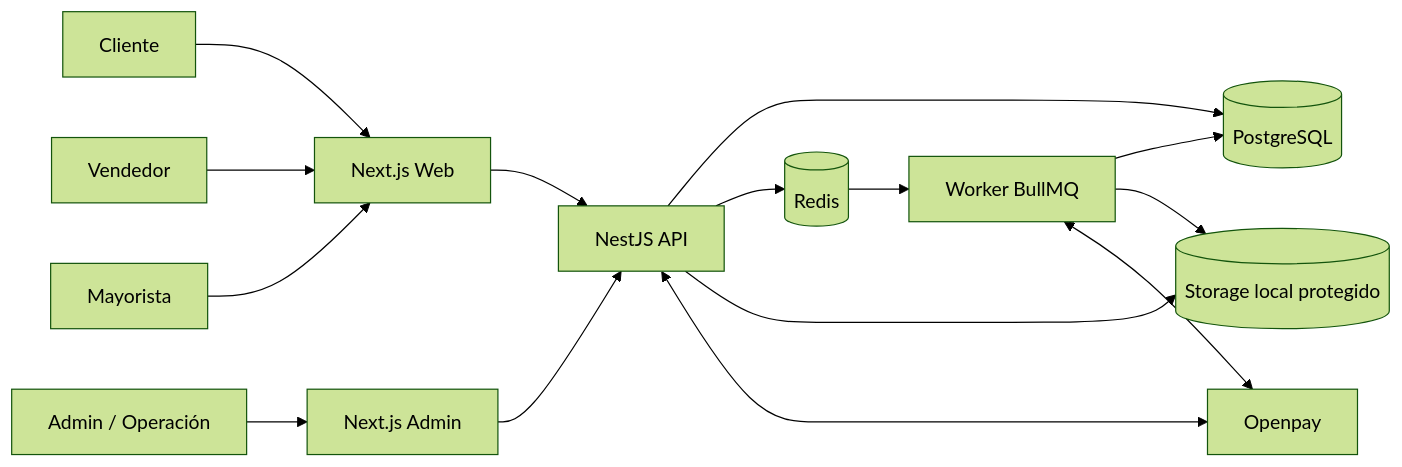
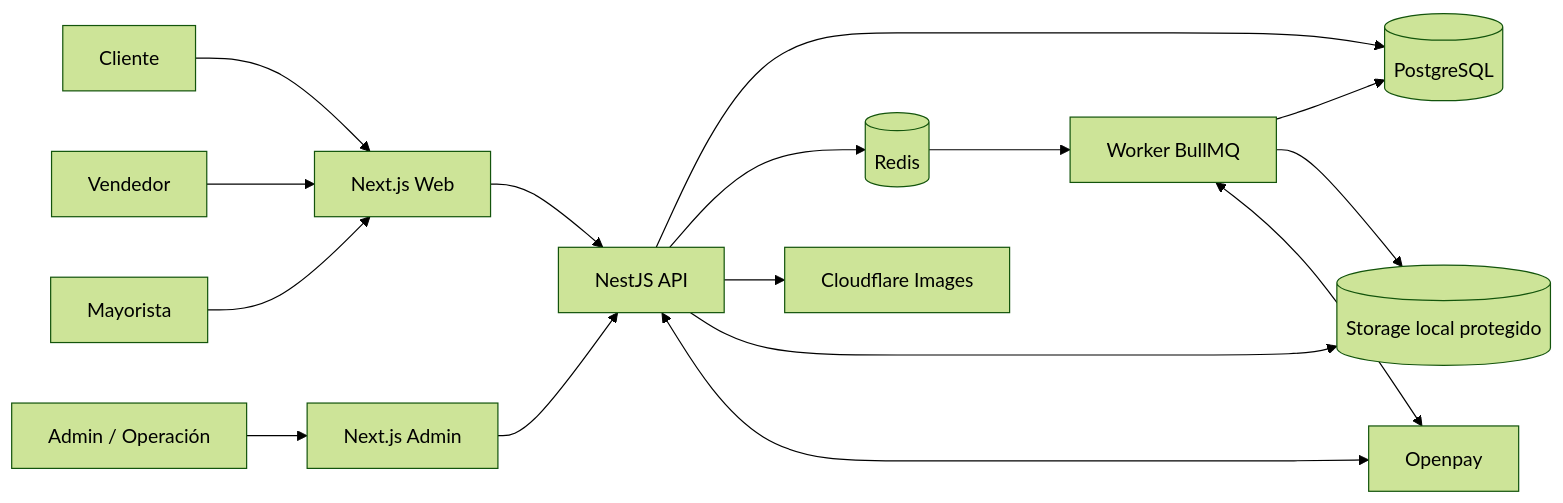
Before and after one commit to Raphap-1993/ERP-HUELEHUELE: the diagram in docs/architecture/solution-architecture.md, drawn with Mermaid (forest theme). The commit also changed other lines of this file and 9 other files, not shown here.

Commit message:
docs(huelegood): prioritize product media and cloudflare images

````diff
--- a/docs/architecture/solution-architecture.md
+++ b/docs/architecture/solution-architecture.md
@@ -23,20 +24,21 @@
 ```mermaid
 flowchart LR
   U[Cliente] --> W[Next.js Web]
   V[Vendedor] --> W
   A[Admin / Operación] --> AD[Next.js Admin]
   M[Mayorista] --> W
 
   W --> API[NestJS API]
   AD --> API
 
   API --> PG[(PostgreSQL)]
   API --> R[(Redis)]
+  API --> CI[Cloudflare Images]
   API --> FS[(Storage local protegido)]
   API <--> OP[Openpay]
 
   R --> WK[Worker BullMQ]
   WK --> PG
   WK --> FS
   WK <--> OP
 ```
````
